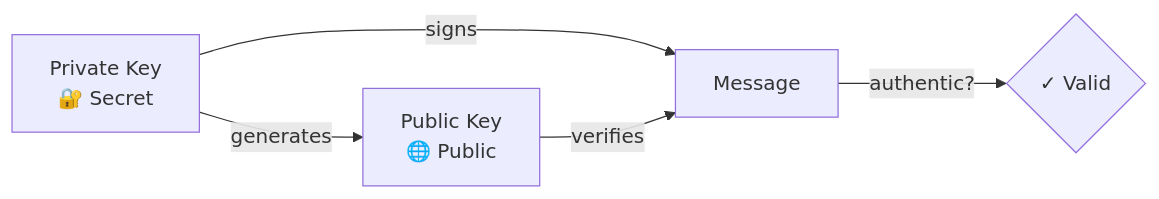
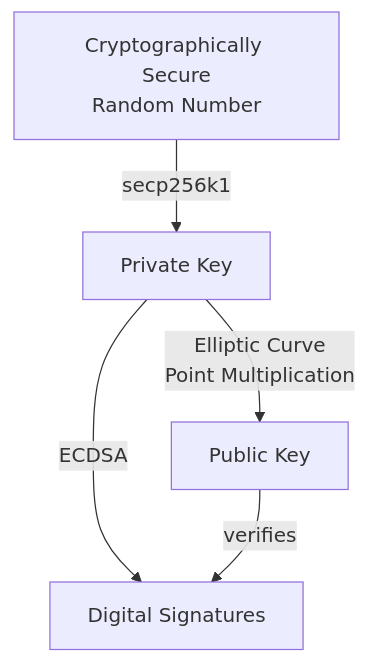
One commit to cristyalmonte/learnnostr changed the second of 2 diagrams in docs/concepts/keys.md. Above: the diagram before and after it, drawn with Mermaid. The commit also changed other lines of this file and 30 other files, not shown here.

````diff
--- a/docs/concepts/keys.md
+++ b/docs/concepts/keys.md
@@ -88,7 +119,7 @@
 ```mermaid
-graph LR
-    A[Private Key<br/>🔐 Secret] -->|generates| B[Public Key<br/>🌐 Public]
-    A -->|signs| C[Message]
-    B -->|verifies| C
-    C -->|authentic?| D{✓ Valid}
+graph TB
+    A[Cryptographically Secure<br/>Random Number] -->|secp256k1| B[Private Key]
+    B -->|Elliptic Curve<br/>Point Multiplication| C[Public Key]
+    B -->|ECDSA| D[Digital Signatures]
+    C -->|verifies| D
 ```
````
